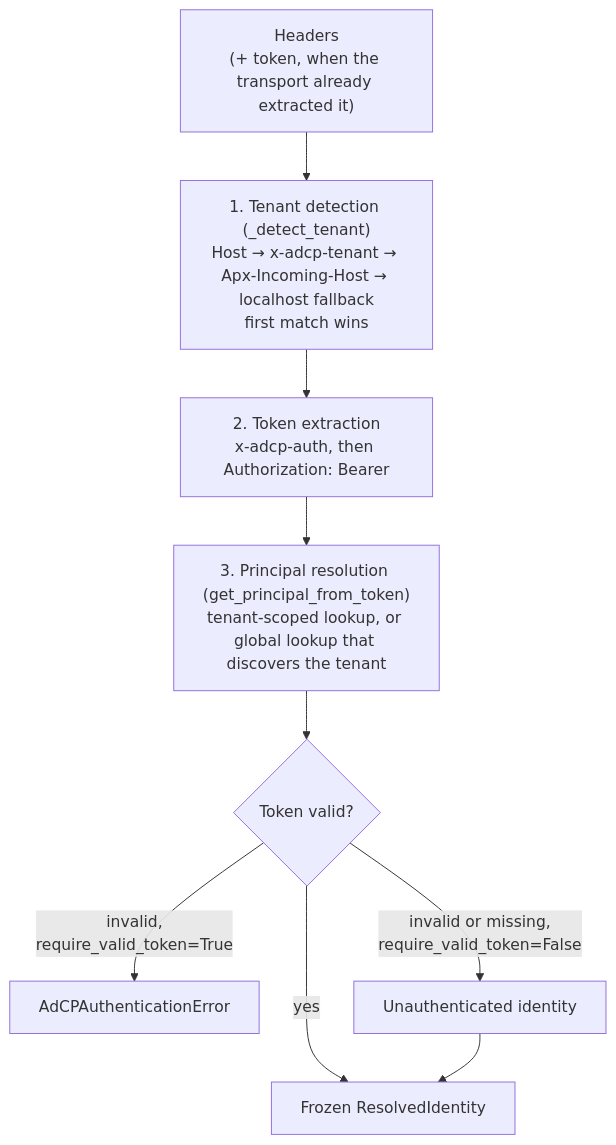
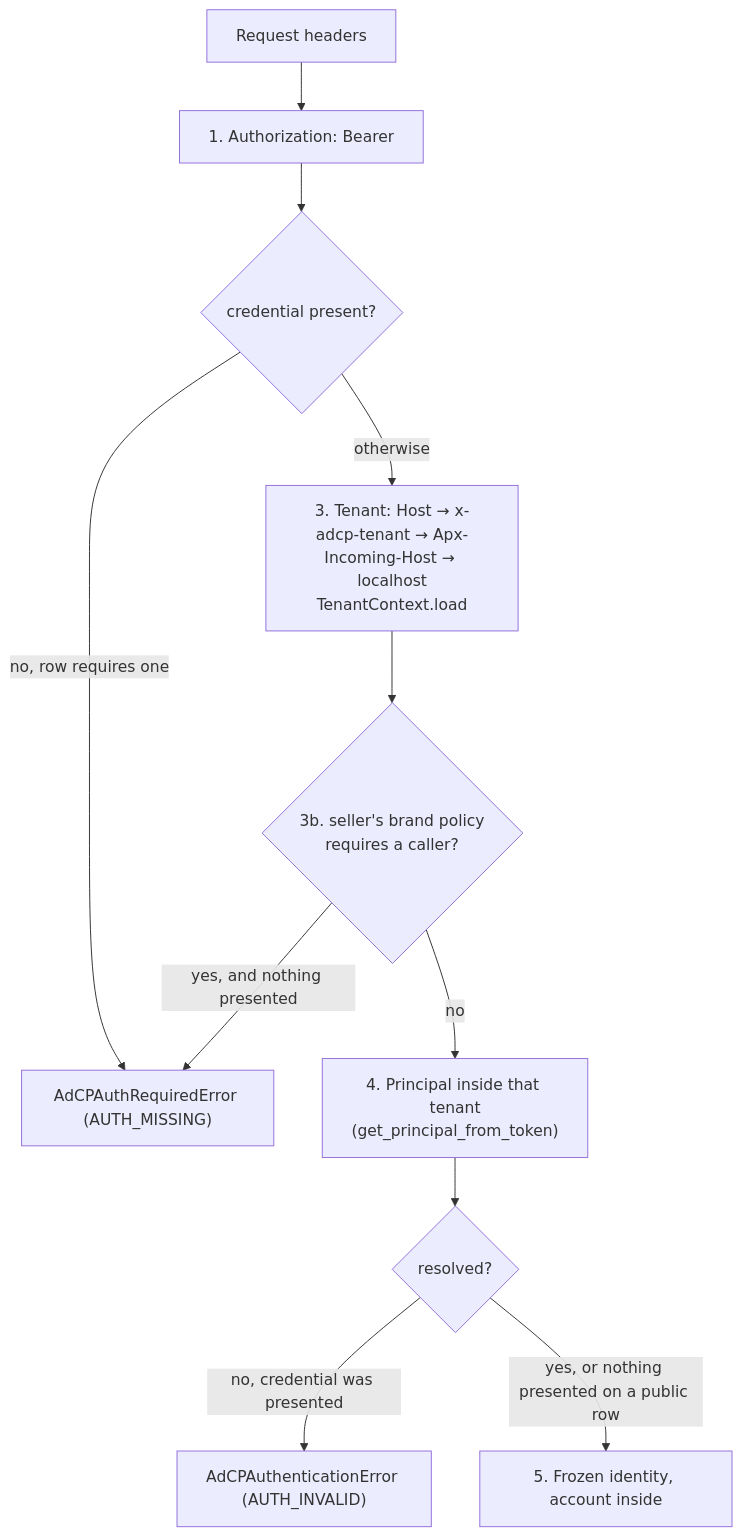
The third of 4 diagrams in docs/development/request-lifecycle.md (KonstantinMirin/prebid-salesagent), drawn with Mermaid before and after one commit. The commit also changed other lines of this file and 1473 other files, not shown here.

First line of the commit message:
feat: one code table for every buyer-facing error, plus the AdCP 3.1.1 capabilities/accounts contract (#1721)

````diff
--- a/docs/development/request-lifecycle.md
+++ b/docs/development/request-lifecycle.md
@@ -169,12 +378,13 @@
 ```mermaid
 flowchart TD
-    hdrs["Headers\n(+ token, when the transport already extracted it)"]
-    hdrs --> tenant["1. Tenant detection (_detect_tenant)\nHost → x-adcp-tenant → Apx-Incoming-Host → localhost fallback\nfirst match wins"]
-    tenant --> token["2. Token extraction\nx-adcp-auth, then Authorization: Bearer"]
-    token --> principal["3. Principal resolution (get_principal_from_token)\ntenant-scoped lookup, or global lookup that discovers the tenant"]
-    principal --> valid{"Token valid?"}
-    valid -->|"yes"| rid["Frozen ResolvedIdentity"]
-    valid -->|"invalid,\nrequire_valid_token=True"| err["AdCPAuthenticationError"]
-    valid -->|"invalid or missing,\nrequire_valid_token=False"| unauth["Unauthenticated identity"]
-    unauth --> rid
+    hdrs["Request headers"] --> token["1. Authorization: Bearer"]
+    token --> missing{"credential present?"}
+    missing -->|"no, row requires one"| am["AdCPAuthRequiredError (AUTH_MISSING)"]
+    missing -->|"otherwise"| tenant["3. Tenant: Host → x-adcp-tenant → Apx-Incoming-Host → localhost\nTenantContext.load"]
+    tenant --> policy{"3b. seller's brand policy\nrequires a caller?"}
+    policy -->|"yes, and nothing presented"| am
+    policy -->|"no"| principal["4. Principal inside that tenant\n(get_principal_from_token)"]
+    principal --> valid{"resolved?"}
+    valid -->|"no, credential was presented"| ai["AdCPAuthenticationError (AUTH_INVALID)"]
+    valid -->|"yes, or nothing presented on a public row"| rid["5. Frozen identity, account inside"]
 ```
````
